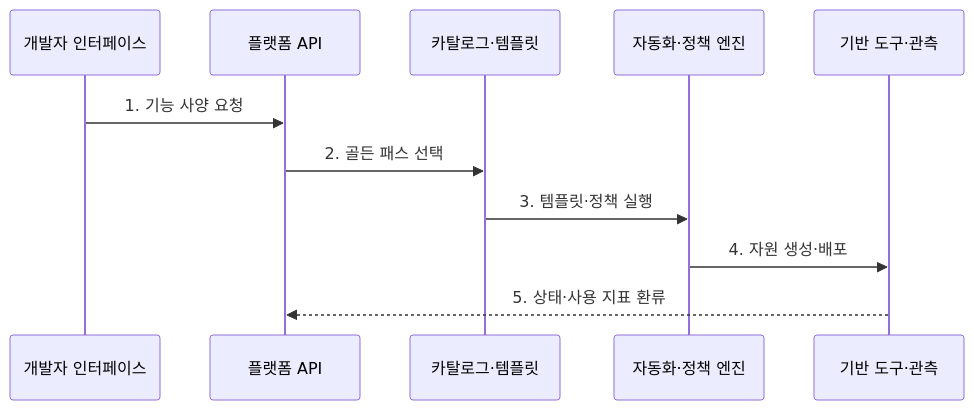
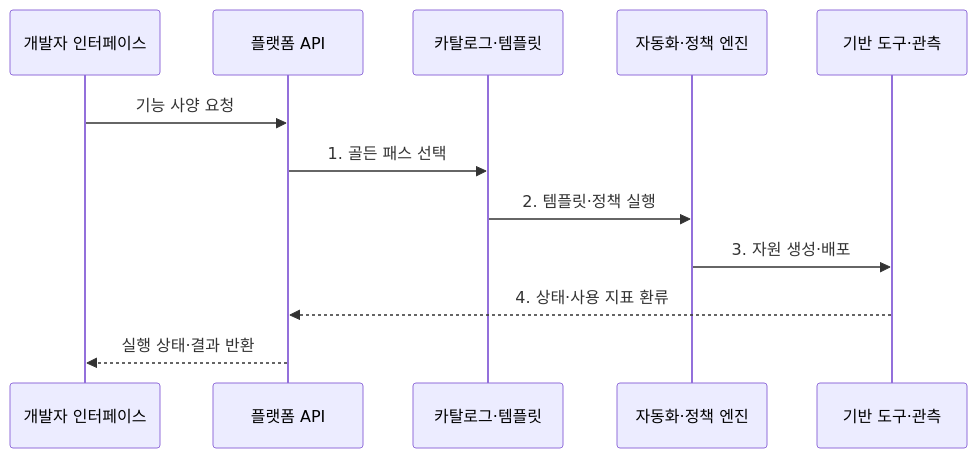
The second of 2 diagrams in src/content/docs/notes/08-latest-tech/176_idp.md (agnusdei1207/knowledge-base), drawn with Mermaid before and after one commit. The commit also changed other lines of this file and 225 other files, not shown here.

````diff
--- a/src/content/docs/notes/08-latest-tech/176_idp.md
+++ b/src/content/docs/notes/08-latest-tech/176_idp.md
@@ -73,13 +73,14 @@
 ```mermaid
 sequenceDiagram
   participant D as 개발자 인터페이스
   participant A as 플랫폼 API
   participant C as 카탈로그·템플릿
   participant P as 자동화·정책 엔진
   participant F as 기반 도구·관측
-  D->>A: 1. 기능 사양 요청
-  A->>C: 2. 골든 패스 선택
-  C->>P: 3. 템플릿·정책 실행
-  P->>F: 4. 자원 생성·배포
-  F-->>A: 5. 상태·사용 지표 환류
+  D->>A: 기능 사양 요청
+  A->>C: 1. 골든 패스 선택
+  C->>P: 2. 템플릿·정책 실행
+  P->>F: 3. 자원 생성·배포
+  F-->>A: 4. 상태·사용 지표 환류
+  A-->>D: 실행 상태·결과 반환
 ```
````
